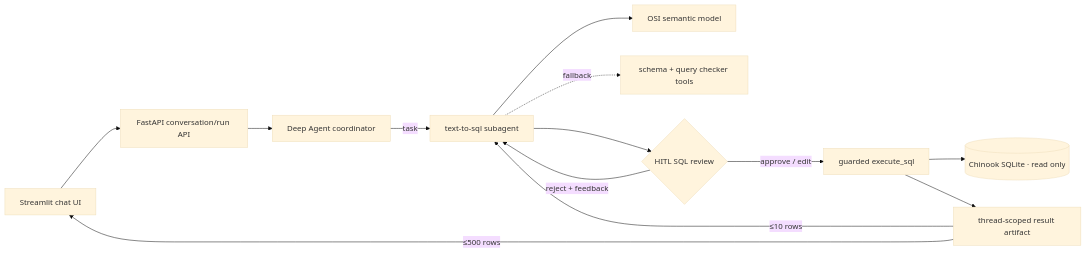
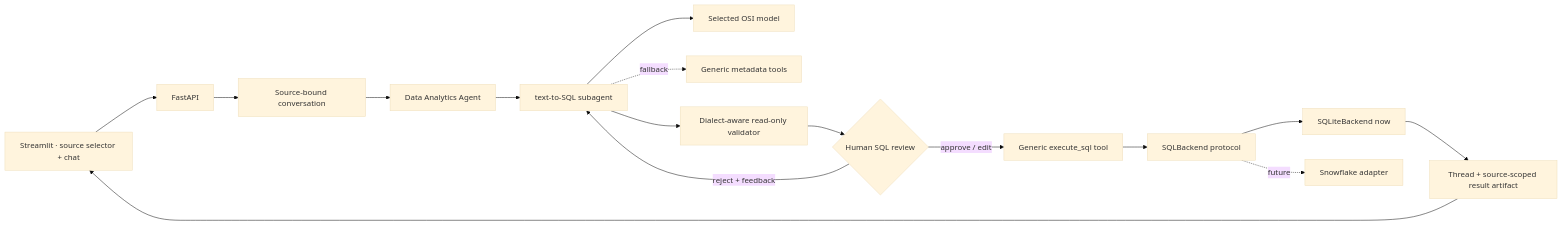
The diagram in data-analyst-agent/README.md (lizequnwz/deepagents-agents), drawn with Mermaid (base theme) before and after one commit. The commit also changed other lines of this file and 49 other files, not shown here.

````diff
--- a/data-analyst-agent/README.md
+++ b/data-analyst-agent/README.md
@@ -52,15 +18,18 @@
 ```mermaid
 flowchart LR
-    UI["Streamlit chat UI"] --> API["FastAPI conversation/run API"]
-    API --> C["Deep Agent coordinator"]
-    C -->|"task"| S["text-to-sql subagent"]
-    S --> O["OSI semantic model"]
-    S -. fallback .-> M["schema + query checker tools"]
-    S --> H{"HITL SQL review"}
-    H -->|"approve / edit"| X["guarded execute_sql"]
-    H -->|"reject + feedback"| S
-    X --> DB[("Chinook SQLite · read only")]
-    X --> R["thread-scoped result artifact"]
-    R -->|"≤10 rows"| S
-    R -->|"≤500 rows"| UI
+    UI["Streamlit · source selector + chat"] --> API["FastAPI"]
+    API --> C["Source-bound conversation"]
+    C --> A["Data Analytics Agent"]
+    A --> S["text-to-SQL subagent"]
+    S --> O["Selected OSI model"]
+    S -. fallback .-> M["Generic metadata tools"]
+    S --> V["Dialect-aware read-only validator"]
+    V --> H{"Human SQL review"}
+    H -->|approve / edit| X["Generic execute_sql tool"]
+    H -->|reject + feedback| S
+    X --> B["SQLBackend protocol"]
+    B --> Q["SQLiteBackend now"]
+    B -. future .-> F["Snowflake adapter"]
+    Q --> R["Thread + source-scoped result artifact"]
+    R --> UI
 ```
````
